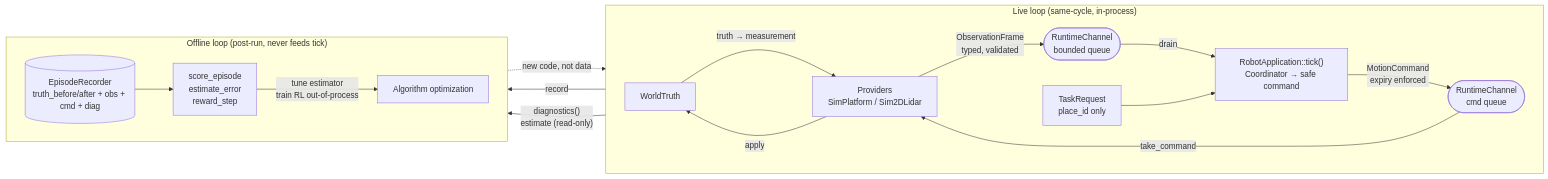
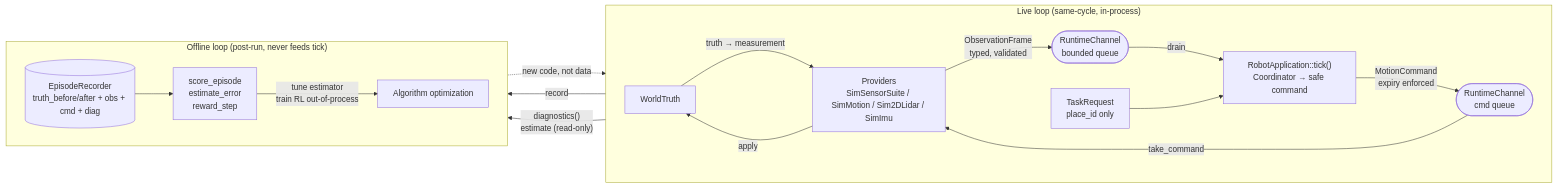
The second of 6 diagrams in docs/system-overview.md (Robin-1978/lost-signal), drawn with Mermaid before and after one commit. The commit also changed other lines of this file and 9 other files, not shown here.

````diff
--- a/docs/system-overview.md
+++ b/docs/system-overview.md
@@ -64,21 +64,21 @@
 ```mermaid
 flowchart LR
   subgraph Live["Live loop (same-cycle, in-process)"]
     direction LR
-    W["WorldTruth"] -->|"truth → measurement"| P["Providers<br/>SimPlatform / Sim2DLidar"]
+    W["WorldTruth"] -->|"truth → measurement"| P["Providers<br/>SimSensorSuite / SimMotion / Sim2DLidar / SimImu"]
     P -->|"ObservationFrame<br/>typed, validated"| Ch(["RuntimeChannel<br/>bounded queue"])
     Ch -->|"drain"| A["RobotApplication::tick()<br/>Coordinator → safe command"]
     A -->|"MotionCommand<br/>expiry enforced"| Ch2(["RuntimeChannel<br/>cmd queue"])
     Ch2 -->|"take_command"| P
     P -->|"apply"| W
     T["TaskRequest<br/>place_id only"] --> A
   end
   subgraph Offline["Offline loop (post-run, never feeds tick)"]
     direction LR
     W -->|"record"| Rec[("EpisodeRecorder<br/>truth_before/after + obs + cmd + diag")]
     A -->|"diagnostics()<br/>estimate (read-only)"| Rec
     Rec --> S["score_episode<br/>estimate_error<br/>reward_step"]
     S -->|"tune estimator<br/>train RL out-of-process"| Opt["Algorithm optimization"]
     Opt -.->|"new code, not data"| A
   end
 ```
````
